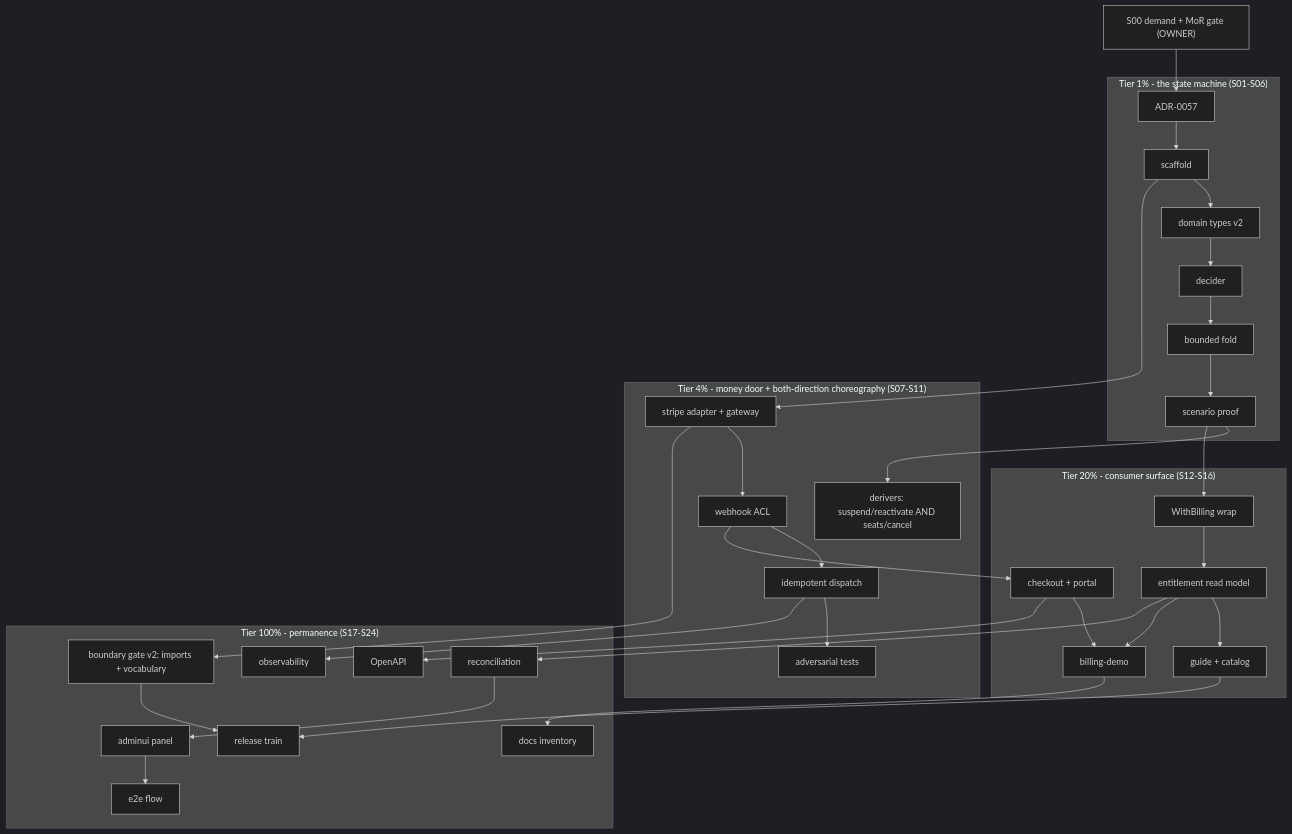
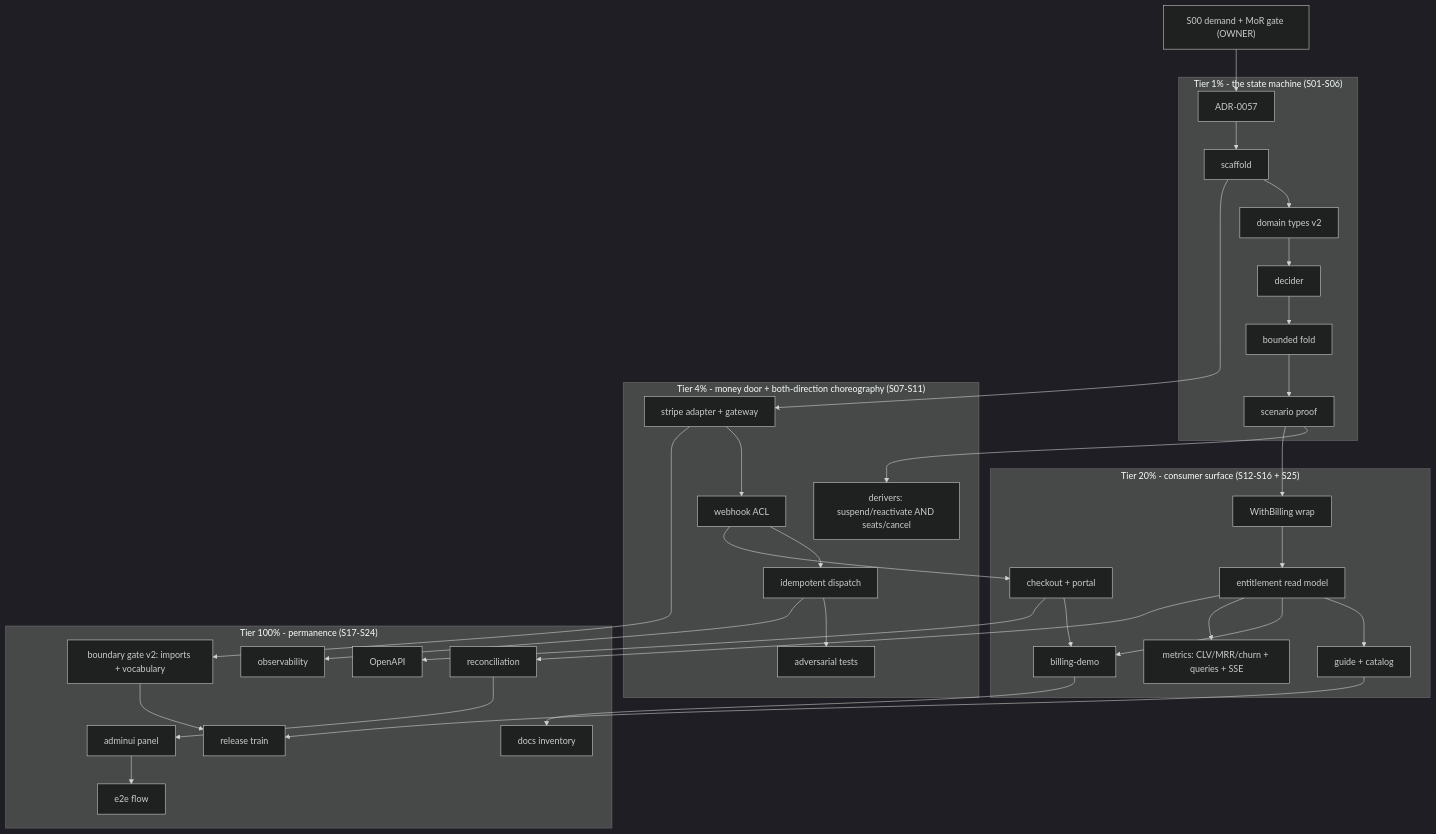
Before and after one commit to LarsArtmann/cqrs-htmx: the diagram in docs/planning/2026-10-24_18-15_SUPERB-stripe-billing-v2-self-review-hardened-pareto-plan.md, drawn with Mermaid (dark theme). The commit also changed other lines of this file and 2 other files, not shown here.

First line of the commit message:
docs(planning): add S25 metrics lane to billing plan v2 — CLV/MRR/churn back to consumer apps

````diff
--- a/docs/planning/2026-10-24_18-15_SUPERB-stripe-billing-v2-self-review-hardened-pareto-plan.md
+++ b/docs/planning/2026-10-24_18-15_SUPERB-stripe-billing-v2-self-review-hardened-pareto-plan.md
@@ -202,28 +226,29 @@
 ```mermaid
 flowchart TD
   S00["S00 demand + MoR gate (OWNER)"] --> S01[ADR-0057]
   subgraph T1["Tier 1% - the state machine (S01-S06)"]
     S01 --> S02[scaffold] --> S03[domain types v2] --> S04[decider] --> S05[bounded fold] --> S06[scenario proof]
   end
   subgraph T2["Tier 4% - money door + both-direction choreography (S07-S11)"]
     S06 --> S07["derivers: suspend/reactivate AND seats/cancel"]
     S02 --> S08[stripe adapter + gateway] --> S09[webhook ACL] --> S10[idempotent dispatch] --> S11[adversarial tests]
   end
-  subgraph T3["Tier 20% - consumer surface (S12-S16)"]
+  subgraph T3["Tier 20% - consumer surface (S12-S16 + S25)"]
     S09 --> S12[checkout + portal]
     S06 --> S13[WithBilling wrap] --> S14[entitlement read model] --> S15[guide + catalog]
     S12 --> S16[billing-demo]
     S14 --> S16
+    S14 --> S25["metrics: CLV/MRR/churn + queries + SSE"]
   end
   subgraph T4["Tier 100% - permanence (S17-S24)"]
     S14 --> S17[reconciliation]
     S08 --> S18["boundary gate v2: imports + vocabulary"]
     S10 --> S19[observability]
     S17 --> S20[adminui panel]
     S12 --> S21[OpenAPI]
     S15 --> S22[release train]
     S18 --> S22
     S16 --> S23[docs inventory]
     S20 --> S24[e2e flow]
   end
 ```
````
